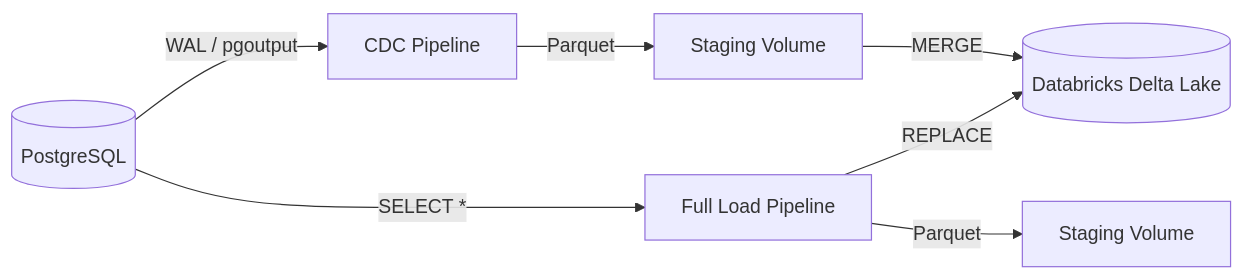
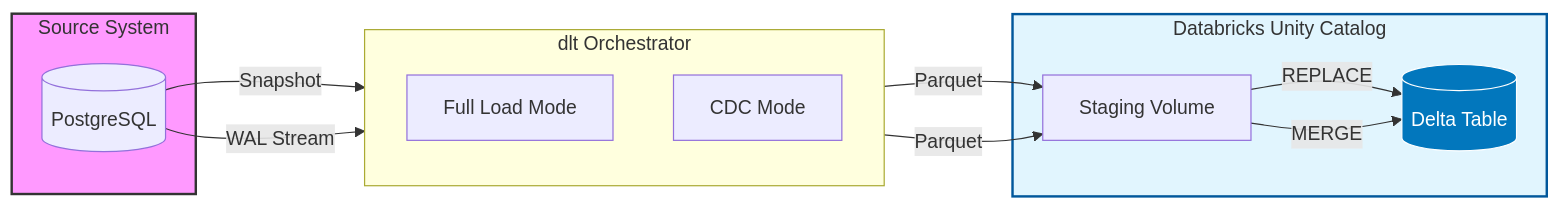
One commit to victor-antoniassi/postgres-to-databricks-cdc changed the diagram in README.md. Above: the diagram before and after it, drawn with Mermaid.

Commit message:
docs: Update architecture diagram to modern mermaid flowchart

````diff
--- a/README.md
+++ b/README.md
@@ -25,11 +25,32 @@
 ```mermaid
-graph LR
-    PG[(PostgreSQL)] -->|WAL / pgoutput| CDC[CDC Pipeline]
-    PG -->|SELECT *| FullLoad[Full Load Pipeline]
+flowchart LR
+    subgraph Source [Source System]
+        PG[(PostgreSQL)]
+    end
+
+    subgraph Pipeline [dlt Orchestrator]
+        direction TB
+        FullLoad[Full Load Mode]
+        CDC[CDC Mode]
+    end
     
-    CDC -->|Parquet| VolCDC[Staging Volume]
-    FullLoad -->|Parquet| VolSnap[Staging Volume]
+    subgraph Target [Databricks Unity Catalog]
+        Volume[Staging Volume]
+        Delta[(Delta Table)]
+    end
+
+    %% Data Flow
+    PG -->|Snapshot| FullLoad
+    PG -->|WAL Stream| CDC
     
-    VolCDC -->|MERGE| Delta[(Databricks Delta Lake)]
-    FullLoad -->|REPLACE| Delta
+    FullLoad -->|Parquet| Volume
+    CDC -->|Parquet| Volume
+    
+    Volume -->|REPLACE| Delta
+    Volume -->|MERGE| Delta
+    
+    %% Styling
+    style Source fill:#f9f,stroke:#333,stroke-width:2px
+    style Target fill:#e1f5fe,stroke:#01579b,stroke-width:2px
+    style Delta fill:#0277bd,stroke:#fff,color:#fff
 ```
````
